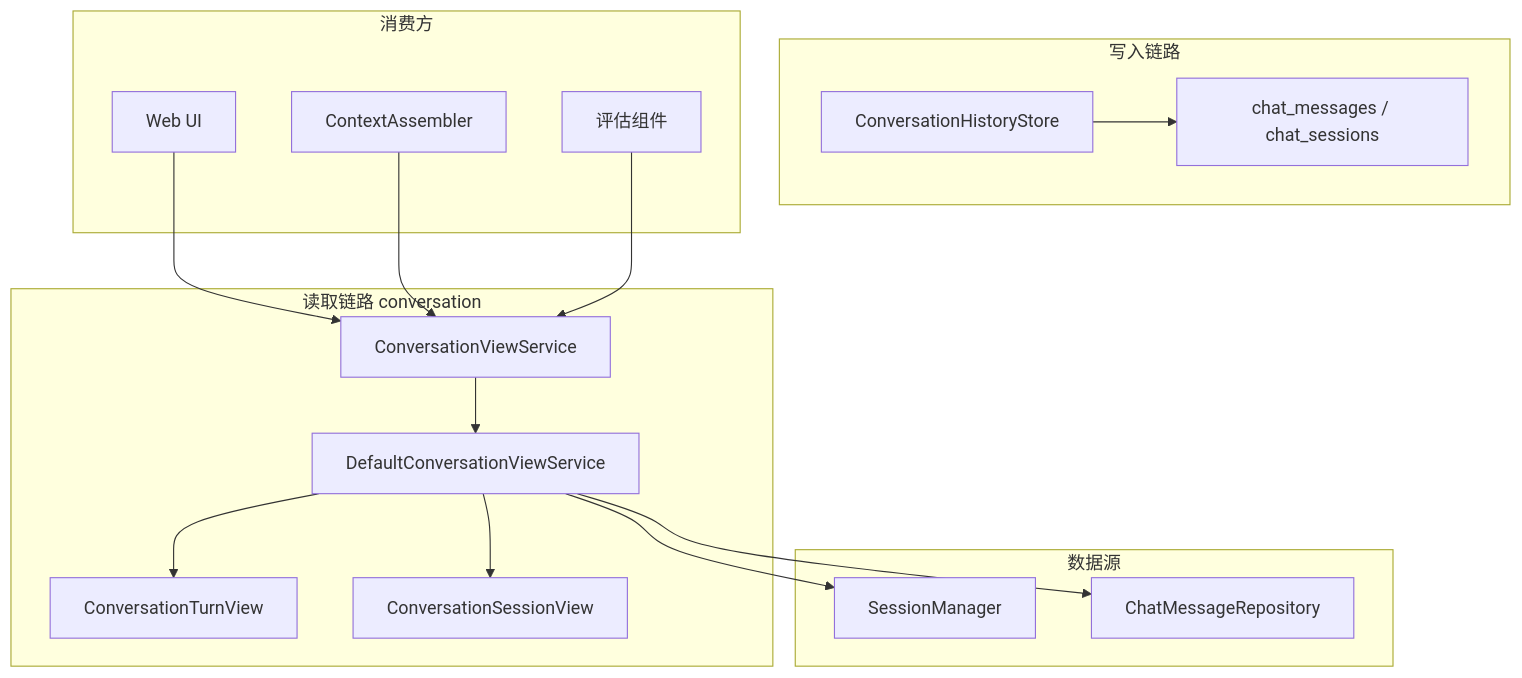
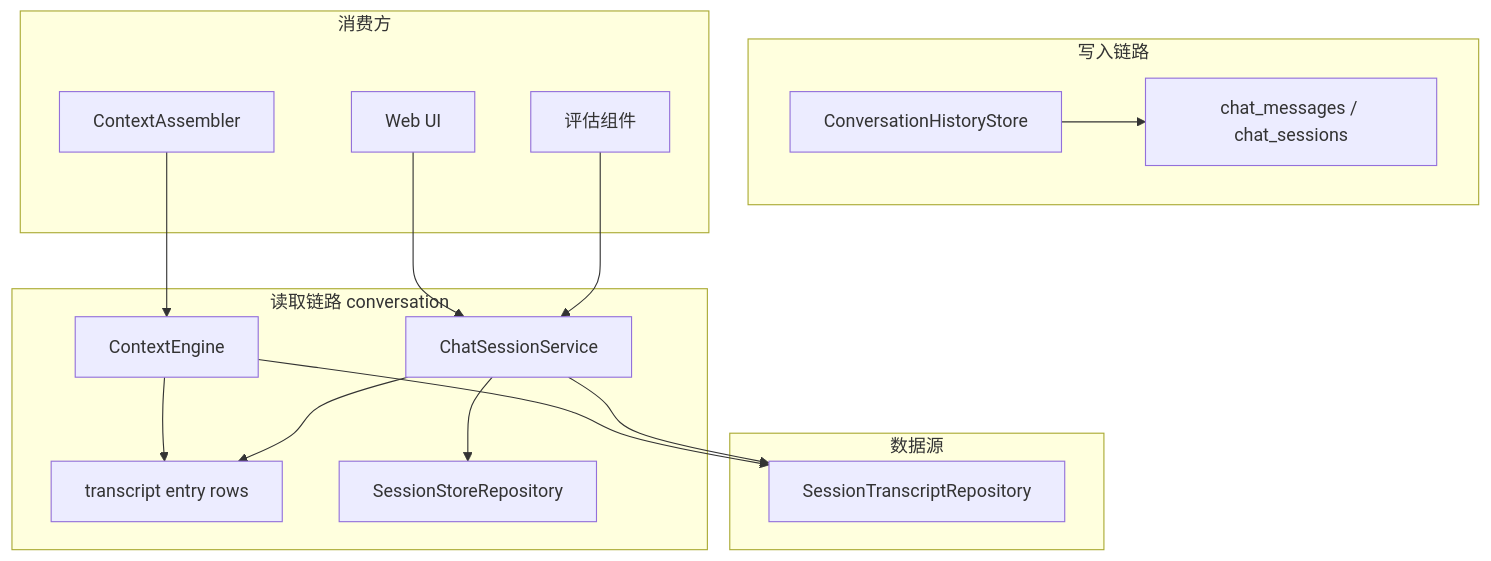
The first of 3 diagrams in docs/architecture/conversation.md (ntygod/LifePilot), drawn with Mermaid before and after one commit. The commit also changed other lines of this file and 576 other files, not shown here.

````diff
--- a/docs/architecture/conversation.md
+++ b/docs/architecture/conversation.md
@@ -20,35 +20,34 @@
 ```mermaid
 flowchart TD
     subgraph "写入链路"
         CHS["ConversationHistoryStore"]
         CMS["chat_messages / chat_sessions"]
         CHS --> CMS
     end
 
     subgraph "读取链路 conversation"
-        CVS["ConversationViewService"]
-        DCS["DefaultConversationViewService"]
-        CTV["ConversationTurnView"]
-        CSV["ConversationSessionView"]
-        CVS --> DCS
-        DCS --> CTV
-        DCS --> CSV
+        CE["ContextEngine"]
+        CSS["ChatSessionService"]
+        CTV["transcript entry rows"]
+        CSR["SessionStoreRepository"]
+        CE --> CTV
+        CSS --> CTV
+        CSS --> CSR
     end
 
     subgraph "数据源"
-        SM["SessionManager"]
-        CMR["ChatMessageRepository"]
+        STR["SessionTranscriptRepository"]
     end
 
     subgraph "消费方"
         WEB["Web UI"]
         AGENT["ContextAssembler"]
         EVAL["评估组件"]
     end
 
-    DCS --> SM
-    DCS --> CMR
-    WEB --> CVS
-    AGENT --> CVS
-    EVAL --> CVS
+    CE --> STR
+    CSS --> STR
+    WEB --> CSS
+    AGENT --> CE
+    EVAL --> CSS
 ```
````
